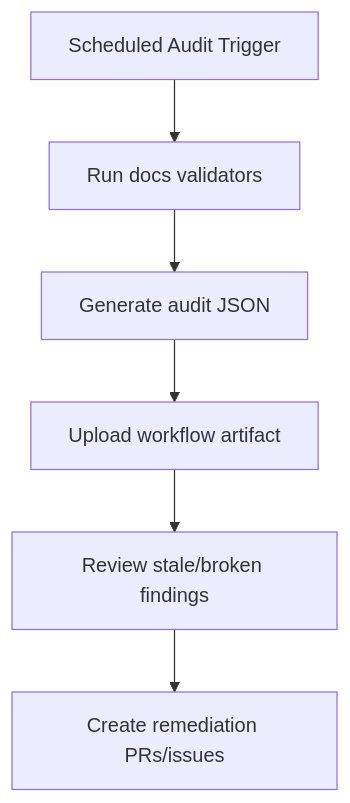
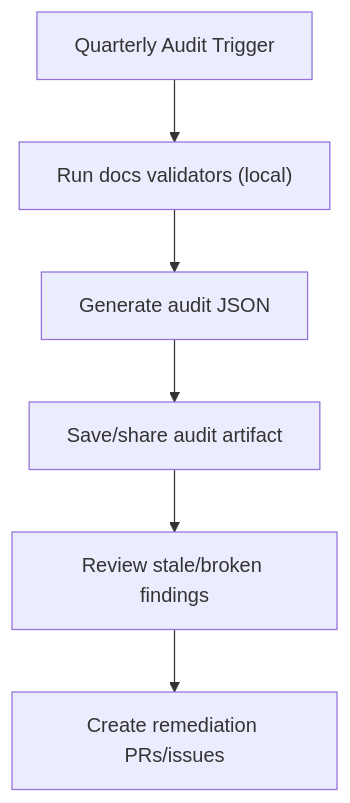
The diagram in docs/sop/quarterly-documentation-audit.md (justinrayshort/os), drawn with Mermaid before and after one commit. The commit also changed other lines of this file and 25 other files, not shown here.

````diff
--- a/docs/sop/quarterly-documentation-audit.md
+++ b/docs/sop/quarterly-documentation-audit.md
@@ -83,8 +82,8 @@
 ```mermaid
 flowchart TD
-  A["Scheduled Audit Trigger"] --> B["Run docs validators"]
+  A["Quarterly Audit Trigger"] --> B["Run docs validators (local)"]
   B --> C["Generate audit JSON"]
-  C --> D["Upload workflow artifact"]
+  C --> D["Save/share audit artifact"]
   D --> E["Review stale/broken findings"]
   E --> F["Create remediation PRs/issues"]
 ```
````
